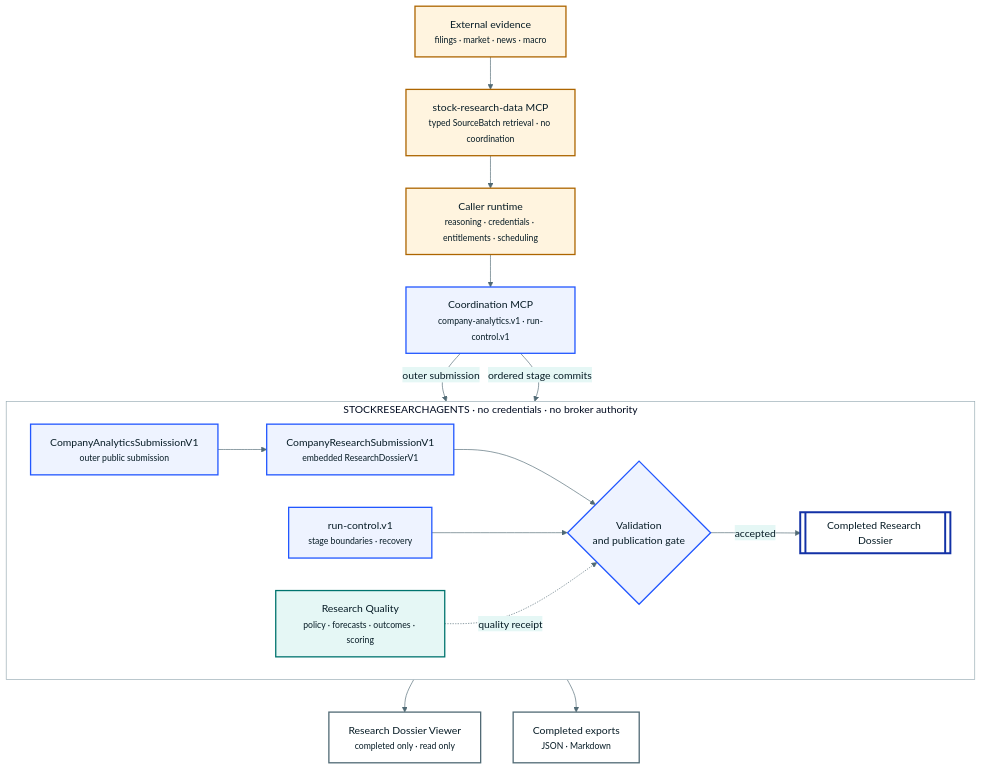
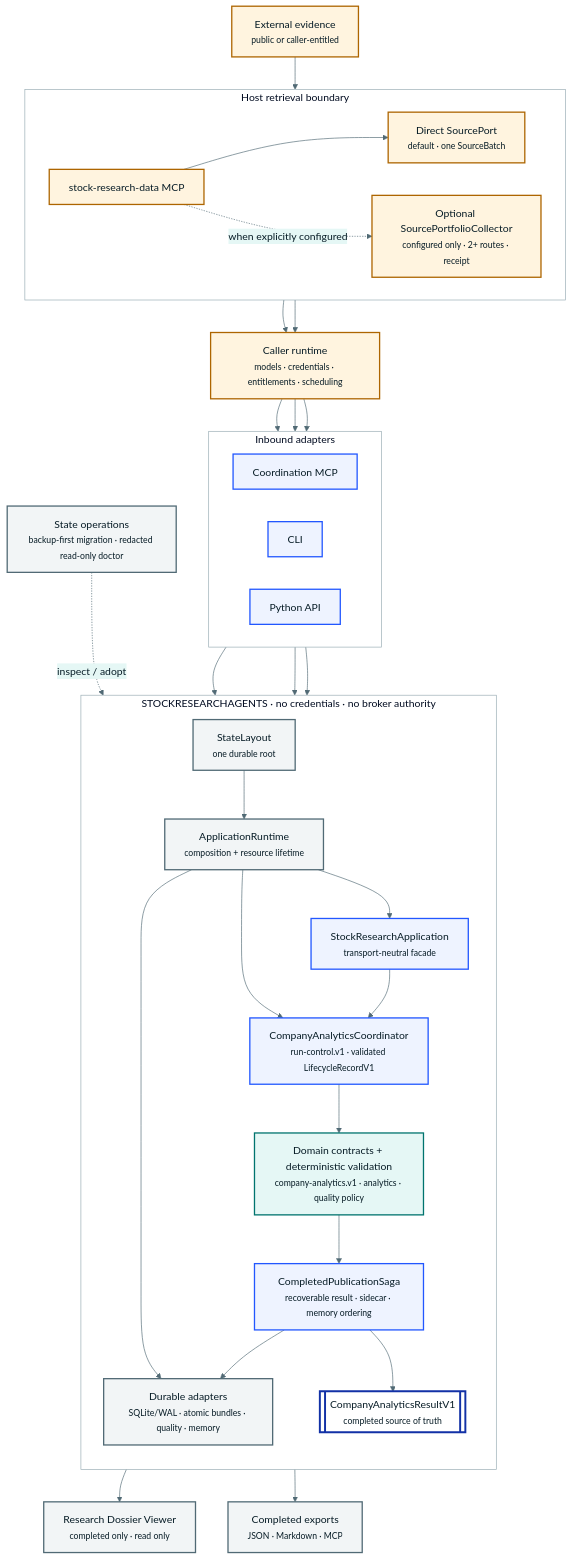
Before and after one commit to harshitagarwal2/StockResearchAgents: the diagram in docs/diagrams/system-context.mmd, drawn with Mermaid. The commit also changed 111 other files, not shown here.

```diff
--- a/docs/diagrams/system-context.mmd
+++ b/docs/diagrams/system-context.mmd
@@ -1,44 +1,71 @@
 %%{init: {"theme":"base","fontFamily":"Avenir Next, Segoe UI, sans-serif","themeVariables":{"fontFamily":"Avenir Next, Segoe UI, sans-serif","primaryColor":"#eef3ff","primaryTextColor":"#071c26","primaryBorderColor":"#2257ff","lineColor":"#516a75","secondaryColor":"#e5f7f5","tertiaryColor":"#fff4df","background":"#f5f8f9","clusterBkg":"#ffffff","clusterBorder":"#96aab2"},"flowchart":{"curve":"basis","htmlLabels":true}}}%%
 flowchart TB
-  accTitle: StockResearchAgents system context
-  accDescr: A caller runtime coordinates the public company-analytics.v1 profile through the coordination MCP and retrieves typed evidence through a separate stock-research-data MCP. StockResearchAgents validates the outer CompanyAnalyticsSubmissionV1, including its embedded CompanyResearchSubmissionV1 and ResearchDossierV1 foundation, before publishing CompanyAnalyticsResultV1 for projection-only viewers and exports.
+  accTitle: StockResearchAgents system context and authority boundaries
+  accDescr: A caller runtime owns models, credentials, retrieval, and scheduling. The separate research-data MCP returns a direct SourceBatch by default and an optional SourcePortfolioReceipt only when a portfolio collector is explicitly configured. CLI, Python, and coordination MCP adapters call StockResearchApplication. ApplicationRuntime composes the coordinator and durable stores from StateLayout, while domain-owned deterministic validation and CompletedPublicationSaga gate completed publication.
 
-  S["External evidence<br/><small>filings · market · news · macro</small>"]
-  H["Caller runtime<br/><small>reasoning · credentials · entitlements · scheduling</small>"]
-  DATA["stock-research-data MCP<br/><small>typed SourceBatch retrieval · no coordination</small>"]
-  COORD["Coordination MCP<br/><small>company-analytics.v1 · run-control.v1</small>"]
+  E["External evidence<br/><small>public or caller-entitled</small>"]
+  H["Caller runtime<br/><small>models · credentials · entitlements · scheduling</small>"]
 
-  subgraph P["STOCKRESEARCHAGENTS · no credentials · no broker authority"]
+  subgraph HOST["Host retrieval boundary"]
     direction LR
-    C["CompanyAnalyticsSubmissionV1<br/><small>outer public submission</small>"]
-    R["CompanyResearchSubmissionV1<br/><small>embedded ResearchDossierV1</small>"]
-    V{"Validation<br/>and publication gate"}
-    L["run-control.v1<br/><small>stage boundaries · recovery</small>"]
-    Q["Research Quality<br/><small>policy · forecasts · outcomes · scoring</small>"]
-    D[["Completed Research Dossier"]]
-    C --> R --> V
-    L --> V
-    Q -. quality receipt .-> V
-    V -->|accepted| D
+    DATA["stock-research-data MCP"]
+    DIRECT["Direct SourcePort<br/><small>default · one SourceBatch</small>"]
+    PORTFOLIO["Optional SourcePortfolioCollector<br/><small>configured only · 2+ routes · receipt</small>"]
+    DATA --> DIRECT
+    DATA -. when explicitly configured .-> PORTFOLIO
   end
 
-  U["Research Dossier Viewer<br/><small>completed only · read only</small>"]
-  X["Completed exports<br/><small>JSON · Markdown</small>"]
+  E --> DATA
+  DIRECT --> H
+  PORTFOLIO --> H
 
-  S --> DATA --> H
+  subgraph IN["Inbound adapters"]
+    direction LR
+    COORD["Coordination MCP"]
+    CLI["CLI"]
+    PY["Python API"]
+  end
   H --> COORD
-  COORD -->|outer submission| C
-  COORD -->|ordered stage commits| L
-  D --> U
-  D --> X
+  H --> CLI
+  H --> PY
+
+  subgraph CORE["STOCKRESEARCHAGENTS · no credentials · no broker authority"]
+    direction TB
+    APP["StockResearchApplication<br/><small>transport-neutral facade</small>"]
+    RUNTIME["ApplicationRuntime<br/><small>composition + resource lifetime</small>"]
+    LAYOUT["StateLayout<br/><small>one durable root</small>"]
+    LIFE["CompanyAnalyticsCoordinator<br/><small>run-control.v1 · validated LifecycleRecordV1</small>"]
+    DOMAIN["Domain contracts + deterministic validation<br/><small>company-analytics.v1 · analytics · quality policy</small>"]
+    SAGA["CompletedPublicationSaga<br/><small>recoverable result · sidecar · memory ordering</small>"]
+    STORES["Durable adapters<br/><small>SQLite/WAL · atomic bundles · quality · memory</small>"]
+    DONE[["CompanyAnalyticsResultV1<br/><small>completed source of truth</small>"]]
+    LAYOUT --> RUNTIME
+    RUNTIME --> APP
+    RUNTIME --> LIFE
+    RUNTIME --> STORES
+    APP --> LIFE --> DOMAIN --> SAGA
+    SAGA --> STORES
+    SAGA --> DONE
+  end
+
+  COORD --> APP
+  CLI --> APP
+  PY --> APP
+
+  OPS["State operations<br/><small>backup-first migration · redacted read-only doctor</small>"]
+  OPS -. inspect / adopt .-> LAYOUT
+
+  DONE --> U["Research Dossier Viewer<br/><small>completed only · read only</small>"]
+  DONE --> X["Completed exports<br/><small>JSON · Markdown · MCP</small>"]
 
   classDef host fill:#fff4df,stroke:#ad6500,color:#071c26,stroke-width:2px;
-  classDef port fill:#eef3ff,stroke:#2257ff,color:#071c26,stroke-width:2px;
-  classDef quality fill:#e5f7f5,stroke:#00746e,color:#071c26,stroke-width:2px;
+  classDef adapter fill:#eef3ff,stroke:#2257ff,color:#071c26,stroke-width:2px;
+  classDef domain fill:#e5f7f5,stroke:#00746e,color:#071c26,stroke-width:2px;
+  classDef state fill:#f2f5f6,stroke:#516a75,color:#071c26,stroke-width:2px;
   classDef artifact fill:#ffffff,stroke:#1231a6,color:#071c26,stroke-width:3px;
-  classDef view fill:#ffffff,stroke:#516a75,color:#071c26,stroke-width:2px;
-  class S,H,DATA host;
-  class COORD,C,R,L,V port;
-  class Q quality;
-  class D artifact;
-  class U,X view;
+  class E,H,DATA,DIRECT,PORTFOLIO host;
+  class COORD,CLI,PY,APP,LIFE,SAGA adapter;
+  class DOMAIN domain;
+  class RUNTIME,LAYOUT,STORES,OPS state;
+  class DONE artifact;
+  class U,X state;
```
